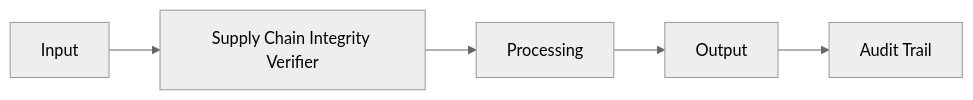
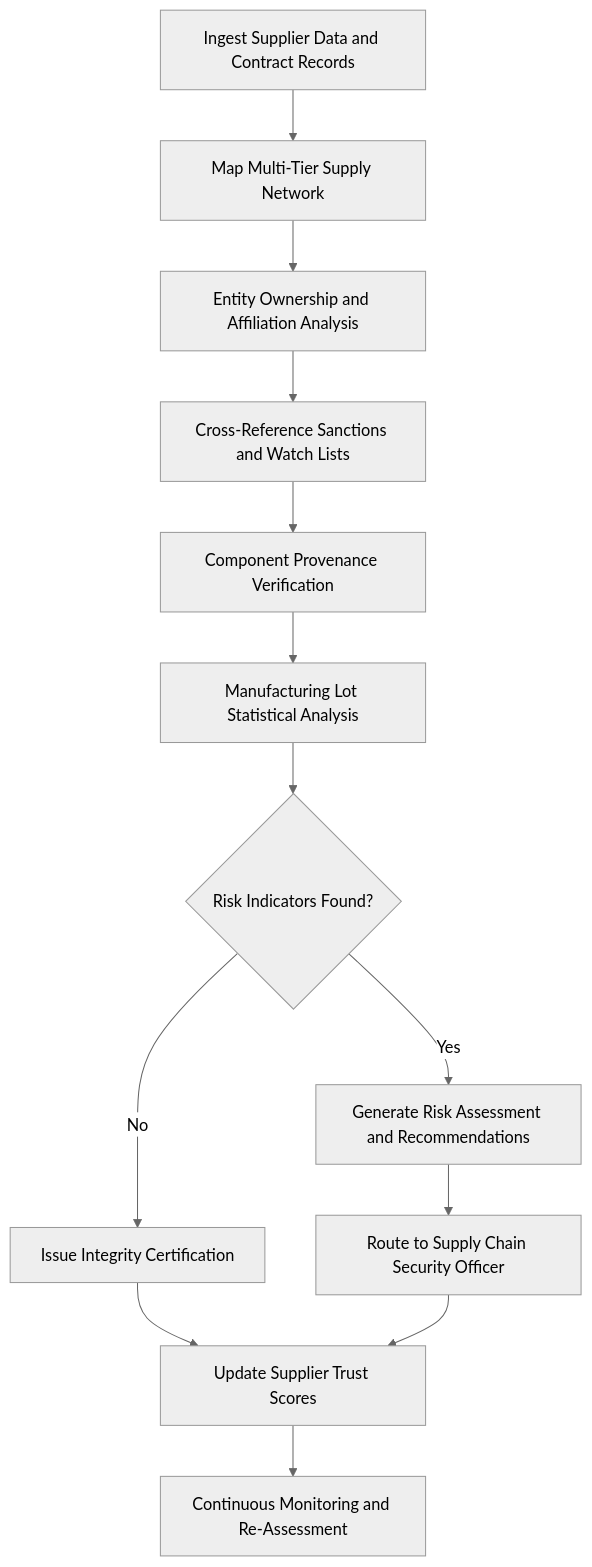
Before and after one commit to andrew-leo-2024/marketplace-docs: the diagram in docs/audiences/02-defense-security/supply-chain-integrity-verifier.mdx, drawn with Mermaid (neutral theme). The commit also changed other lines of this file and 401 other files, not shown here.

````diff
--- a/docs/audiences/02-defense-security/supply-chain-integrity-verifier.mdx
+++ b/docs/audiences/02-defense-security/supply-chain-integrity-verifier.mdx
@@ -29,7 +35,15 @@
 ```mermaid
-graph LR
-    A[Input] --> B[Supply Chain Integrity Verifier]
-    B --> C[Processing]
-    C --> D[Output]
-    D --> E[Audit Trail]
+graph TD
+    A[Ingest Supplier Data and Contract Records] --> B[Map Multi-Tier Supply Network]
+    B --> C[Entity Ownership and Affiliation Analysis]
+    C --> D[Cross-Reference Sanctions and Watch Lists]
+    D --> E[Component Provenance Verification]
+    E --> F[Manufacturing Lot Statistical Analysis]
+    F --> G{Risk Indicators Found?}
+    G -->|Yes| H[Generate Risk Assessment and Recommendations]
+    G -->|No| I[Issue Integrity Certification]
+    H --> J[Route to Supply Chain Security Officer]
+    I --> K[Update Supplier Trust Scores]
+    J --> K
+    K --> L[Continuous Monitoring and Re-Assessment]
 ```
````
